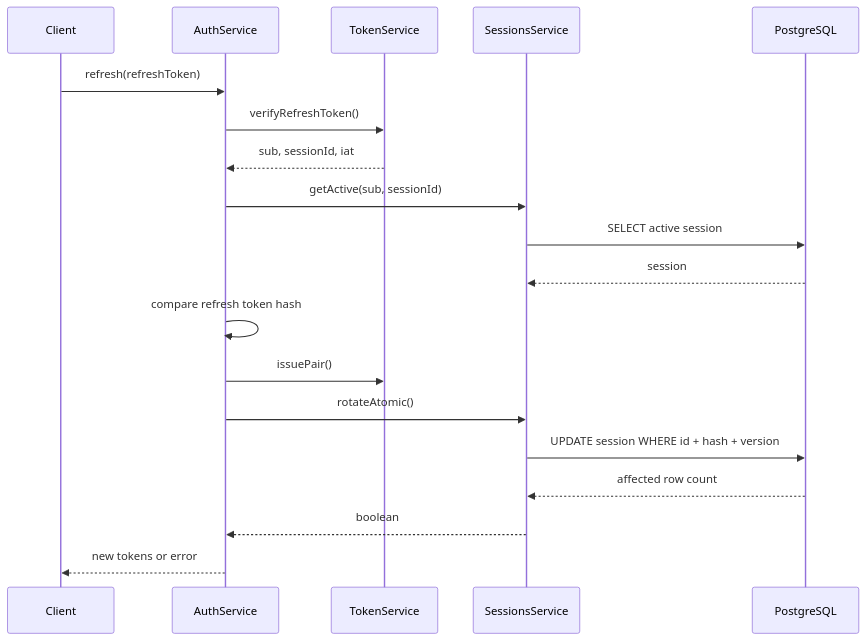
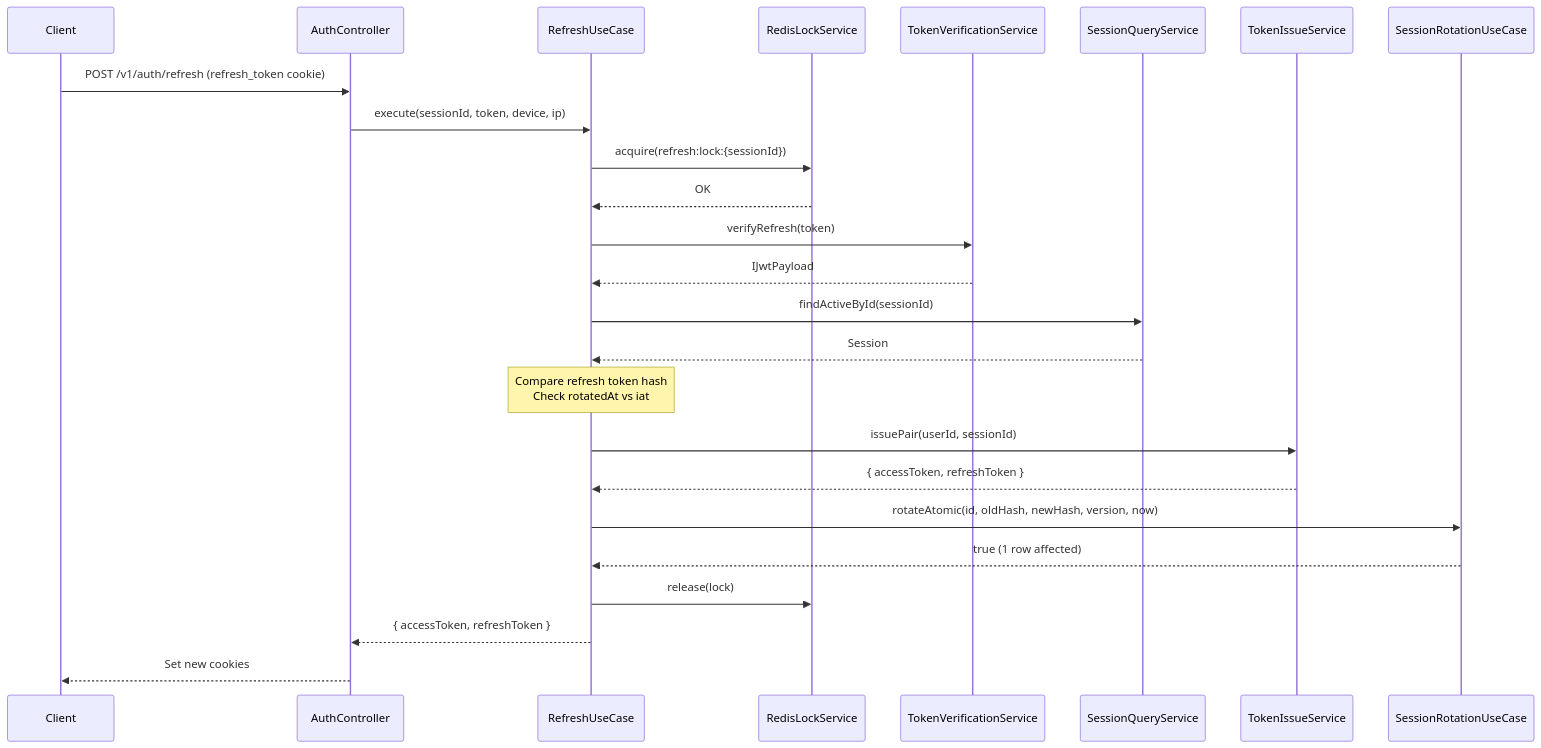
One commit to l1mindr/nest-backend changed the fourth of 7 diagrams in docs/diagrams.md. Above: the diagram before and after it, drawn with Mermaid. The commit also changed other lines of this file and 19 other files, not shown here.

Commit message:
docs(architecture): update project documentation after architecture refactor

````diff
--- a/docs/diagrams.md
+++ b/docs/diagrams.md
@@ -79,22 +126,35 @@
 ```mermaid
 sequenceDiagram
-  participant Client
-  participant AuthService
-  participant TokenService
-  participant SessionsService
-  participant DB as PostgreSQL
+    participant Client
+    participant AuthController
+    participant RefreshUseCase
+    participant RedisLockService
+    participant TokenVerificationService
+    participant SessionQueryService
+    participant TokenIssueService
+    participant SessionRotationUseCase
 
-  Client->>AuthService: refresh(refreshToken)
-  AuthService->>TokenService: verifyRefreshToken()
-  TokenService-->>AuthService: sub, sessionId, iat
-  AuthService->>SessionsService: getActive(sub, sessionId)
-  SessionsService->>DB: SELECT active session
-  DB-->>SessionsService: session
-  AuthService->>AuthService: compare refresh token hash
-  AuthService->>TokenService: issuePair()
-  AuthService->>SessionsService: rotateAtomic()
-  SessionsService->>DB: UPDATE session WHERE id + hash + version
-  DB-->>SessionsService: affected row count
-  SessionsService-->>AuthService: boolean
-  AuthService-->>Client: new tokens or error
+    Client->>AuthController: POST /v1/auth/refresh (refresh_token cookie)
+    AuthController->>RefreshUseCase: execute(sessionId, token, device, ip)
+
+    RefreshUseCase->>RedisLockService: acquire(refresh:lock:{sessionId})
+    RedisLockService-->>RefreshUseCase: OK
+
+    RefreshUseCase->>TokenVerificationService: verifyRefresh(token)
+    TokenVerificationService-->>RefreshUseCase: IJwtPayload
+
+    RefreshUseCase->>SessionQueryService: findActiveById(sessionId)
+    SessionQueryService-->>RefreshUseCase: Session
+
+    Note over RefreshUseCase: Compare refresh token hash<br/>Check rotatedAt vs iat
+
+    RefreshUseCase->>TokenIssueService: issuePair(userId, sessionId)
+    TokenIssueService-->>RefreshUseCase: { accessToken, refreshToken }
+
+    RefreshUseCase->>SessionRotationUseCase: rotateAtomic(id, oldHash, newHash, version, now)
+    SessionRotationUseCase-->>RefreshUseCase: true (1 row affected)
+
+    RefreshUseCase->>RedisLockService: release(lock)
+    RefreshUseCase-->>AuthController: { accessToken, refreshToken }
+    AuthController-->>Client: Set new cookies
 ```
````
